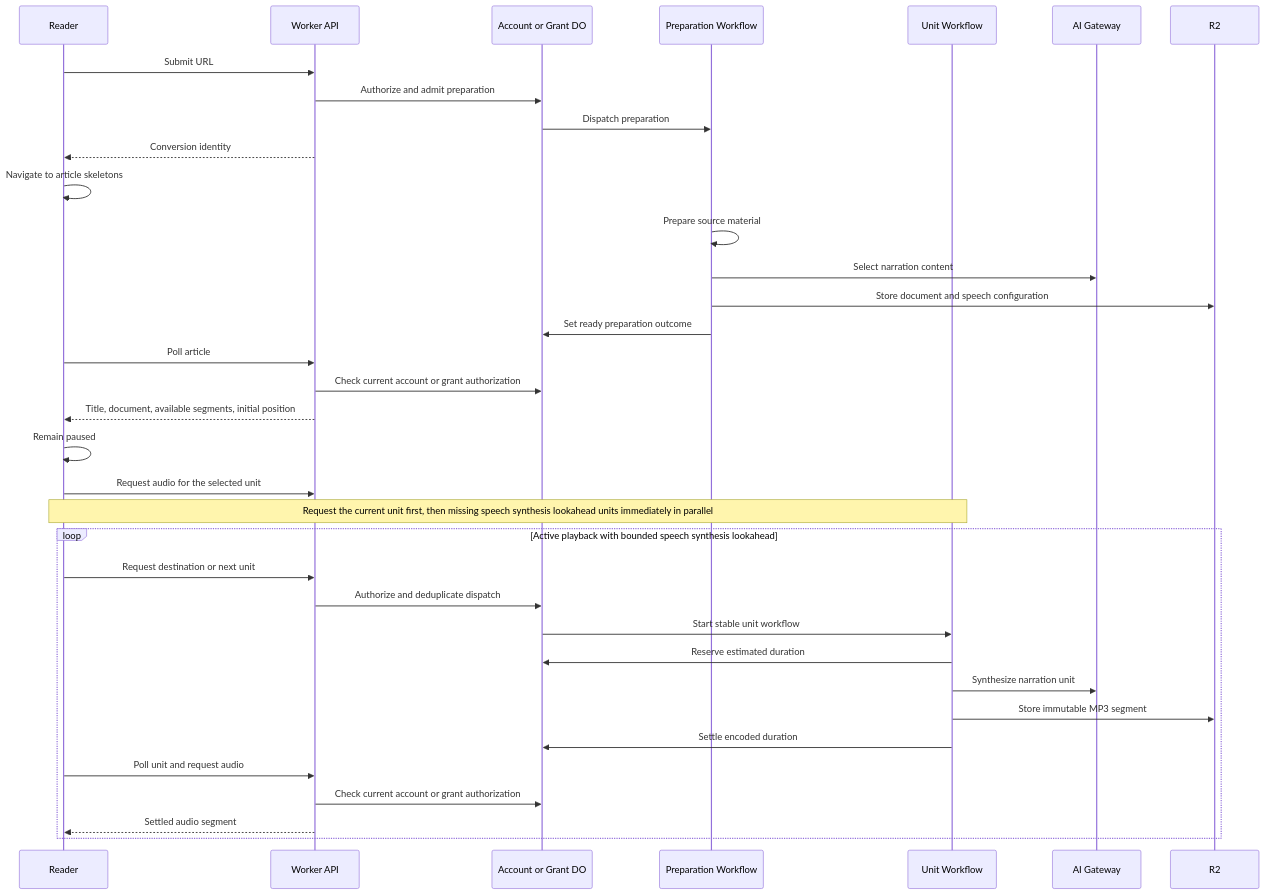
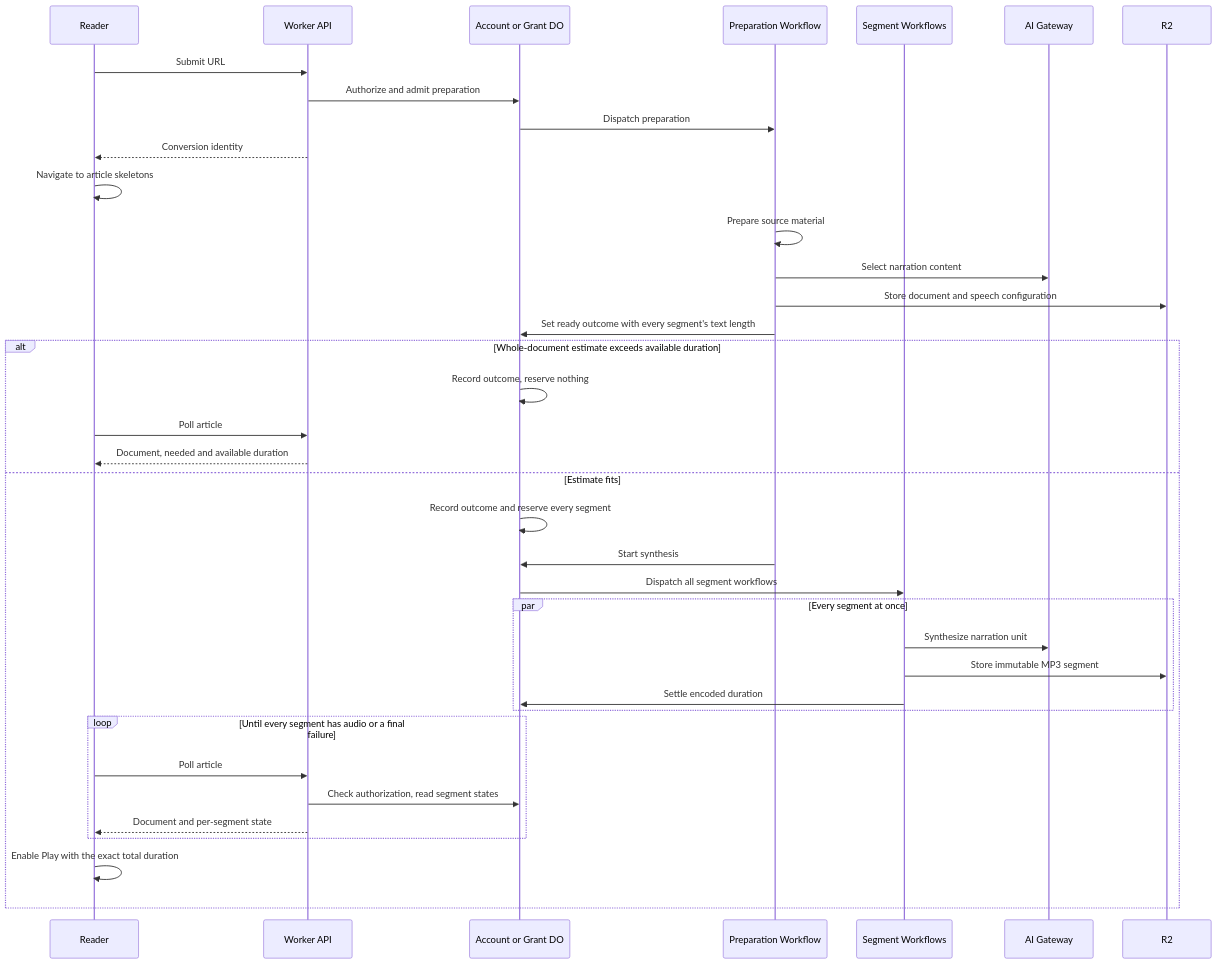
One commit to patricktree/cup changed the diagram in docs/architecture/conversion.md. Above: the diagram before and after it, drawn with Mermaid. The commit also changed other lines of this file and 88 other files, not shown here.

````diff
--- a/docs/architecture/conversion.md
+++ b/docs/architecture/conversion.md
@@ -9,37 +9,39 @@
 ```mermaid
 sequenceDiagram
     participant Client as Reader
     participant API as Worker API
     participant Owner as Account or Grant DO
     participant Preparation as Preparation Workflow
-    participant Unit as Unit Workflow
+    participant Segment as Segment Workflows
     participant AI as AI Gateway
     participant R2
     Client->>API: Submit URL
     API->>Owner: Authorize and admit preparation
     Owner->>Preparation: Dispatch preparation
     API-->>Client: Conversion identity
     Client->>Client: Navigate to article skeletons
     Preparation->>Preparation: Prepare source material
     Preparation->>AI: Select narration content
     Preparation->>R2: Store document and speech configuration
-    Preparation->>Owner: Set ready preparation outcome
-    Client->>API: Poll article
-    API->>Owner: Check current account or grant authorization
-    API-->>Client: Title, document, available segments, initial position
-    Client->>Client: Remain paused
-    Client->>API: Request audio for the selected unit
-    Note over Client,Unit: Request the current unit first, then missing speech synthesis lookahead units immediately in parallel
-    loop Active playback with bounded speech synthesis lookahead
-        Client->>API: Request destination or next unit
-        API->>Owner: Authorize and deduplicate dispatch
-        Owner->>Unit: Start stable unit workflow
-        Unit->>Owner: Reserve estimated duration
-        Unit->>AI: Synthesize narration unit
-        Unit->>R2: Store immutable MP3 segment
-        Unit->>Owner: Settle encoded duration
-        Client->>API: Poll unit and request audio
-        API->>Owner: Check current account or grant authorization
-        API-->>Client: Settled audio segment
+    Preparation->>Owner: Set ready outcome with every segment's text length
+    alt Whole-document estimate exceeds available duration
+        Owner->>Owner: Record outcome, reserve nothing
+        Client->>API: Poll article
+        API-->>Client: Document, needed and available duration
+    else Estimate fits
+        Owner->>Owner: Record outcome and reserve every segment
+        Preparation->>Owner: Start synthesis
+        Owner->>Segment: Dispatch all segment workflows
+        par Every segment at once
+            Segment->>AI: Synthesize narration unit
+            Segment->>R2: Store immutable MP3 segment
+            Segment->>Owner: Settle encoded duration
+        end
+        loop Until every segment has audio or a final failure
+            Client->>API: Poll article
+            API->>Owner: Check authorization, read segment states
+            API-->>Client: Document and per-segment state
+        end
+        Client->>Client: Enable Play with the exact total duration
     end
 ```
````
